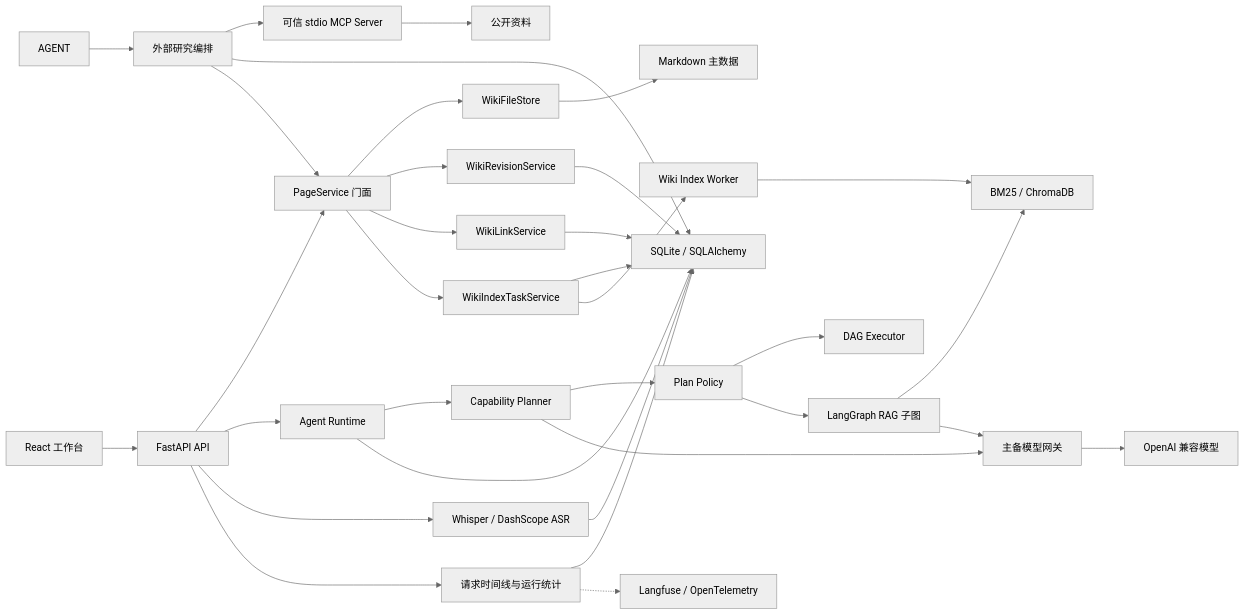
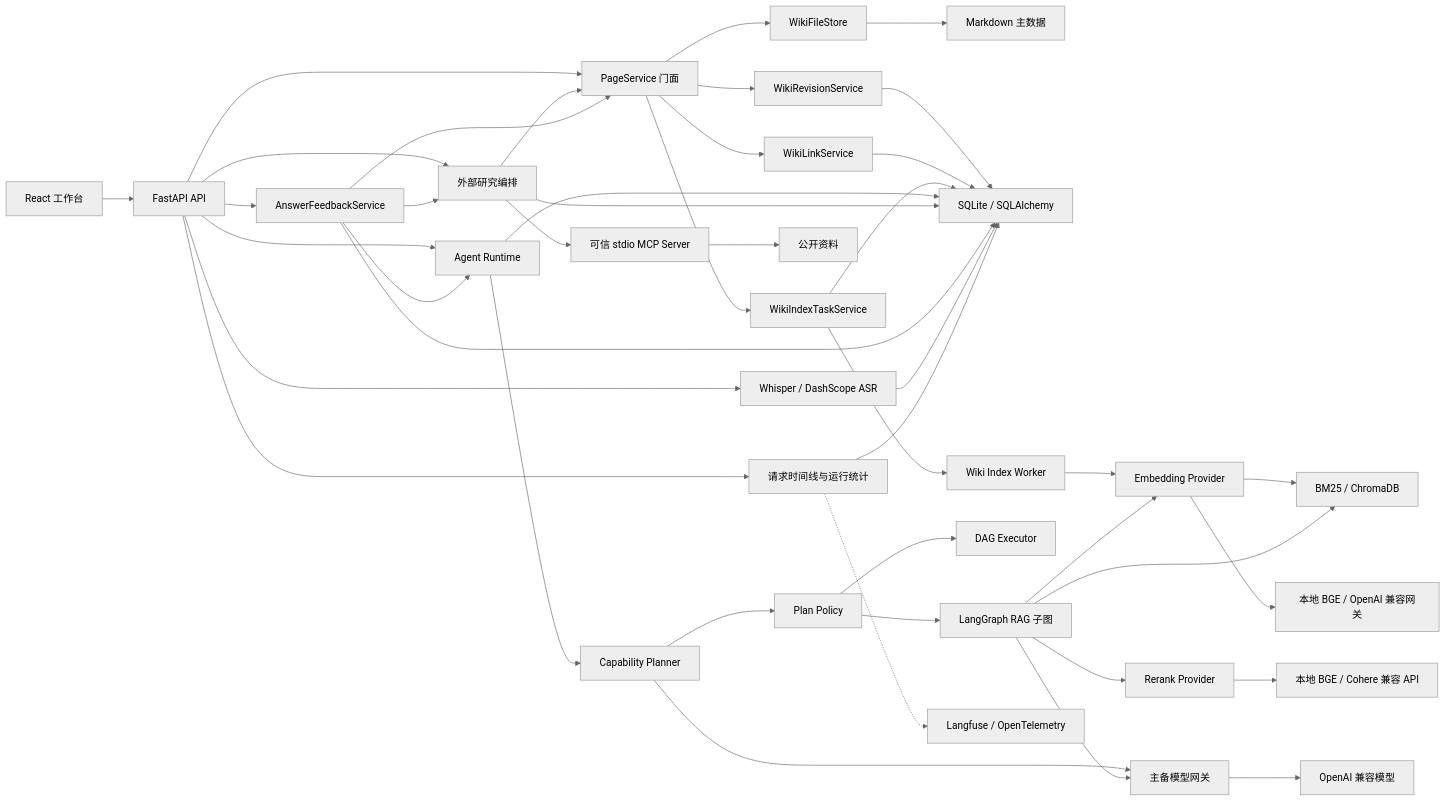
The diagram in docs/architecture.md (3336-zheng/zhiyu-voice-assistant), drawn with Mermaid (neutral theme) before and after one commit. The commit also changed other lines of this file and 10 other files, not shown here.

````diff
--- a/docs/architecture.md
+++ b/docs/architecture.md
@@ -11,35 +11,45 @@
 ```mermaid
 flowchart LR
     UI["React 工作台"] --> API["FastAPI API"]
     API --> PAGE["PageService 门面"]
     PAGE --> FILE["WikiFileStore"]
     PAGE --> REV["WikiRevisionService"]
     PAGE --> LINK["WikiLinkService"]
     PAGE --> TASK["WikiIndexTaskService"]
     FILE --> MD["Markdown 主数据"]
     REV --> DB["SQLite / SQLAlchemy"]
     LINK --> DB
     TASK --> DB
     TASK --> WORKER["Wiki Index Worker"]
-    WORKER --> SEARCH["BM25 / ChromaDB"]
+    WORKER --> EMBED["Embedding Provider"]
+    EMBED --> SEARCH["BM25 / ChromaDB"]
     API --> RUNTIME["Agent Runtime"]
     RUNTIME --> PLANNER["Capability Planner"]
     RUNTIME --> DB
     PLANNER --> POLICY["Plan Policy"]
     POLICY --> EXECUTOR["DAG Executor"]
     POLICY --> RETRIEVAL["LangGraph RAG 子图"]
+    RETRIEVAL --> EMBED
     RETRIEVAL --> SEARCH
+    RETRIEVAL --> RERANK["Rerank Provider"]
+    EMBED --> EMODEL["本地 BGE / OpenAI 兼容网关"]
+    RERANK --> RMODEL["本地 BGE / Cohere 兼容 API"]
     PLANNER --> GATEWAY["主备模型网关"]
     RETRIEVAL --> GATEWAY
     GATEWAY --> LLM["OpenAI 兼容模型"]
-    AGENT --> RESEARCH["外部研究编排"]
+    API --> RESEARCH["外部研究编排"]
     RESEARCH --> MCP["可信 stdio MCP Server"]
     MCP --> WEB["公开资料"]
     RESEARCH --> DB
     RESEARCH --> PAGE
+    API --> FEEDBACK["AnswerFeedbackService"]
+    FEEDBACK --> RESEARCH
+    FEEDBACK --> PAGE
+    FEEDBACK --> RUNTIME
+    FEEDBACK --> DB
     API --> AUDIO["Whisper / DashScope ASR"]
     AUDIO --> DB
     API --> OBS["请求时间线与运行统计"]
     OBS --> DB
     OBS -.-> TRACE["Langfuse / OpenTelemetry"]
 ```
````
